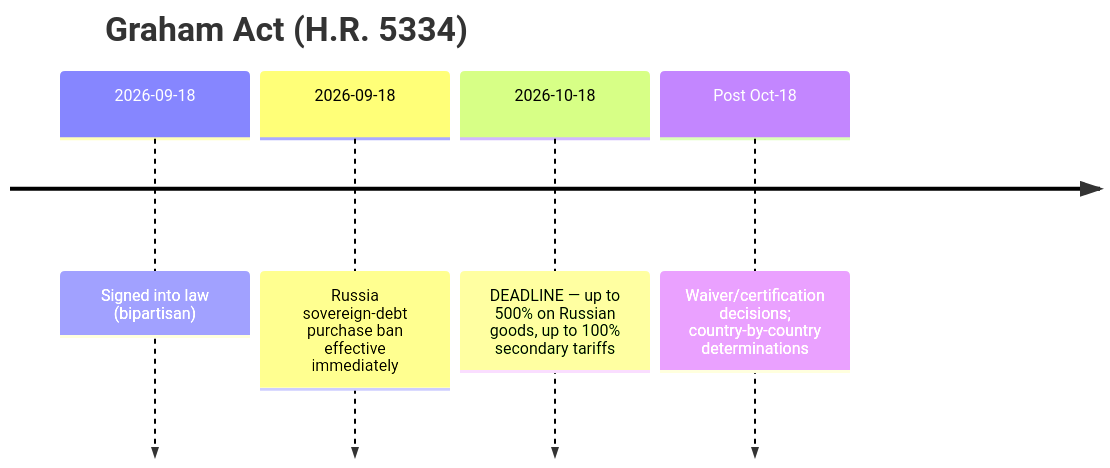
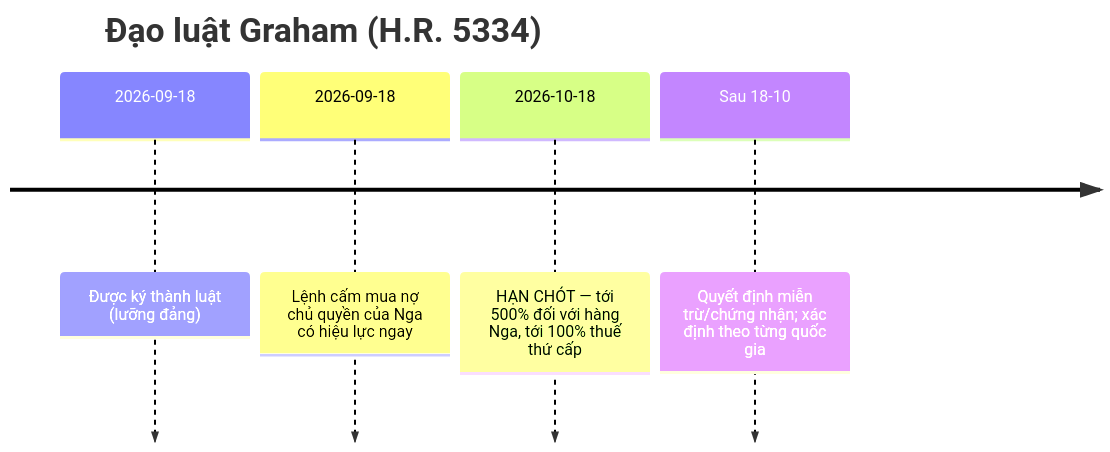
One commit to dureach/research changed the second of 3 diagrams in Global-Trade-Intelligence-weekly-2026-10-05/index.vi.md. Above: the diagram before and after it, drawn with Mermaid. The commit also changed other lines of this file and 5 other files, not shown here.

Commit message:
Translate mermaid diagram labels in all 6 languages

````diff
--- a/Global-Trade-Intelligence-weekly-2026-10-05/index.vi.md
+++ b/Global-Trade-Intelligence-weekly-2026-10-05/index.vi.md
@@ -376,8 +376,8 @@
 ```mermaid
 timeline
-    title Graham Act (H.R. 5334)
-    2026-09-18 : Signed into law (bipartisan)
-    2026-09-18 : Russia sovereign-debt purchase ban effective immediately
-    2026-10-18 : DEADLINE — up to 500% on Russian goods, up to 100% secondary tariffs
-    Post Oct-18 : Waiver/certification decisions; country-by-country determinations
+    title Đạo luật Graham (H.R. 5334)
+    2026-09-18 : Được ký thành luật (lưỡng đảng)
+    2026-09-18 : Lệnh cấm mua nợ chủ quyền của Nga có hiệu lực ngay
+    2026-10-18 : HẠN CHÓT — tới 500% đối với hàng Nga, tới 100% thuế thứ cấp
+    Sau 18-10 : Quyết định miễn trừ/chứng nhận; xác định theo từng quốc gia
 ```
````
